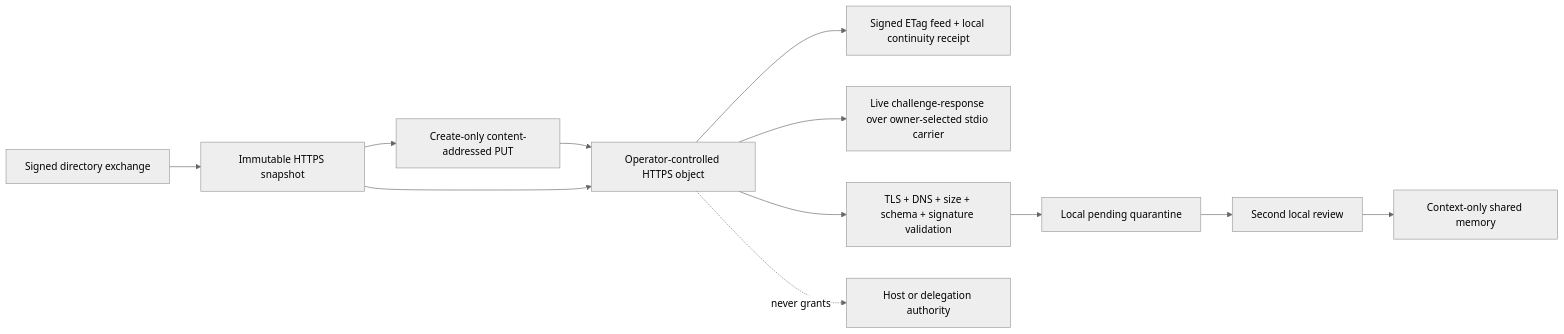
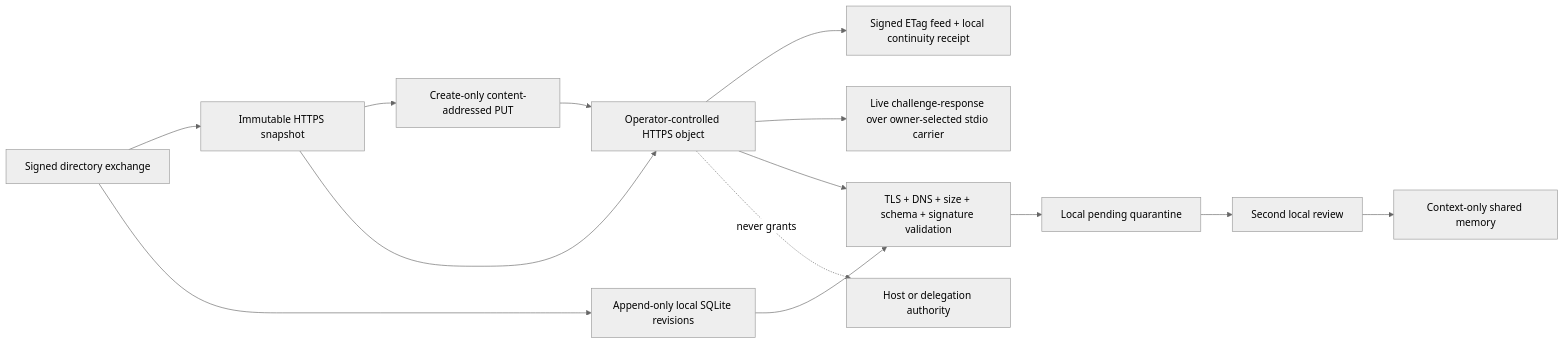
Before and after one commit to Maykbiletti/AgentSpine: the fifth of 5 diagrams in docs/architecture.md, drawn with Mermaid (neutral theme). The commit also changed other lines of this file and 14 other files, not shown here.

Commit message:
feat: add append-only SQLite snapshot transport

````diff
--- a/docs/architecture.md
+++ b/docs/architecture.md
@@ -130,14 +130,16 @@
 ```mermaid
 flowchart LR
     D["Signed directory exchange"] --> S["Immutable HTTPS snapshot"]
     S --> P["Create-only content-addressed PUT"]
     P --> H["Operator-controlled HTTPS object"]
     H --> F["Signed ETag feed + local continuity receipt"]
     H --> P2["Live challenge-response over owner-selected stdio carrier"]
+    D --> DB["Append-only local SQLite revisions"]
+    DB --> V
     S --> H
     H --> V["TLS + DNS + size + schema + signature validation"]
     V --> Q["Local pending quarantine"]
     Q --> R["Second local review"]
     R --> C["Context-only shared memory"]
     H -. "never grants" .-> A["Host or delegation authority"]
 ```
````
